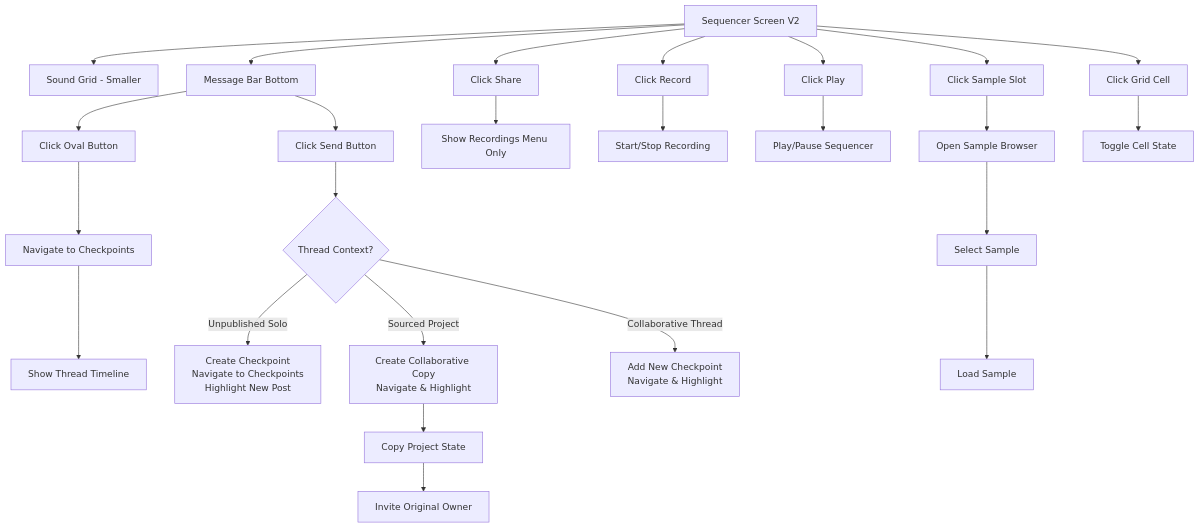
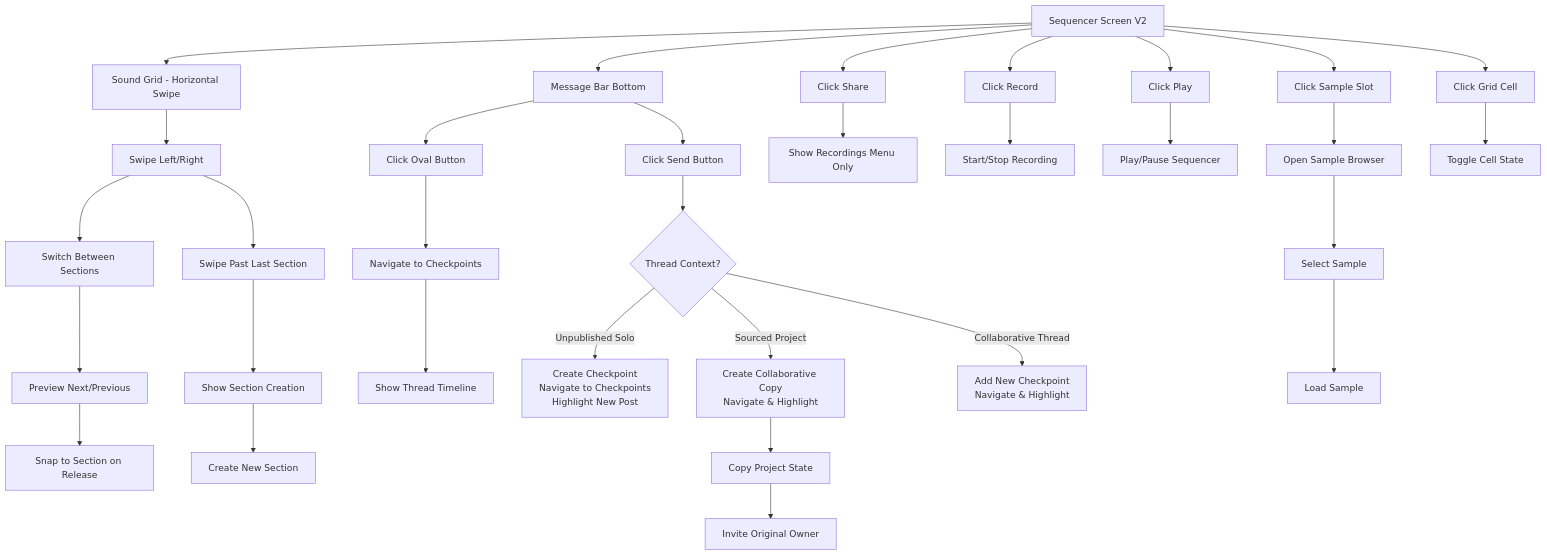
One commit to luddite478/fortuned changed the fifth of 5 diagrams in app/docs/user_flow/sequncer/v2/sequencer.md. Above: the diagram before and after it, drawn with Mermaid. The commit also changed other lines of this file and 9 other files, not shown here.

````diff
--- a/app/docs/user_flow/sequncer/v2/sequencer.md
+++ b/app/docs/user_flow/sequncer/v2/sequencer.md
@@ -66,36 +95,46 @@
 ```mermaid
 graph TD
-    A[Sequencer Screen V2] --> B[Sound Grid - Smaller]
+    A[Sequencer Screen V2] --> B[Sound Grid - Horizontal Swipe]
     A --> C[Message Bar Bottom]
     A --> D[Click Share]
     A --> E[Click Record]
     A --> F[Click Play]
     A --> G[Click Sample Slot]
     A --> H[Click Grid Cell]
+    
+    %% Section Navigation Actions
+    B --> B1[Swipe Left/Right]
+    B1 --> B2[Switch Between Sections]
+    B2 --> B3[Preview Next/Previous]
+    B3 --> B4[Snap to Section on Release]
+    
+    B1 --> B5[Swipe Past Last Section]
+    B5 --> B6[Show Section Creation]
+    B6 --> B7[Create New Section]
     
     %% Message Bar Actions
     C --> I[Click Oval Button]
     C --> J[Click Send Button]
     
     I --> K[Navigate to Checkpoints]
     K --> L[Show Thread Timeline]
     
     J --> M{Thread Context?}
     M -->|Unpublished Solo| N[Create Checkpoint<br/>Navigate to Checkpoints<br/>Highlight New Post]
     M -->|Sourced Project| O[Create Collaborative Copy<br/>Navigate & Highlight]
     M -->|Collaborative Thread| P[Add New Checkpoint<br/>Navigate & Highlight]
     
     %% Standard Sequencer Actions
     D --> Q[Show Recordings Menu Only]
     E --> R[Start/Stop Recording]
     F --> S[Play/Pause Sequencer]
     
     G --> T[Open Sample Browser]
     T --> U[Select Sample]
     U --> V[Load Sample]
     
     H --> W[Toggle Cell State]
     
     O --> X[Copy Project State]
     X --> Y[Invite Original Owner]
 ```
````
